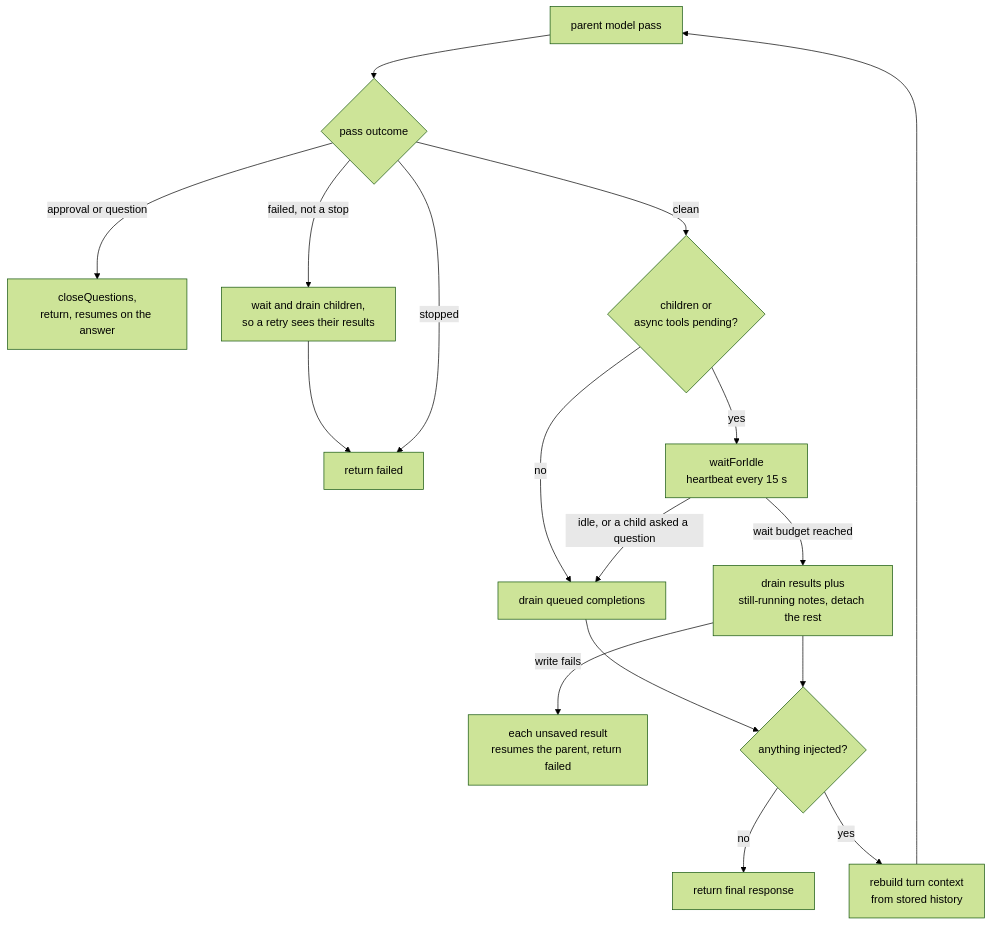
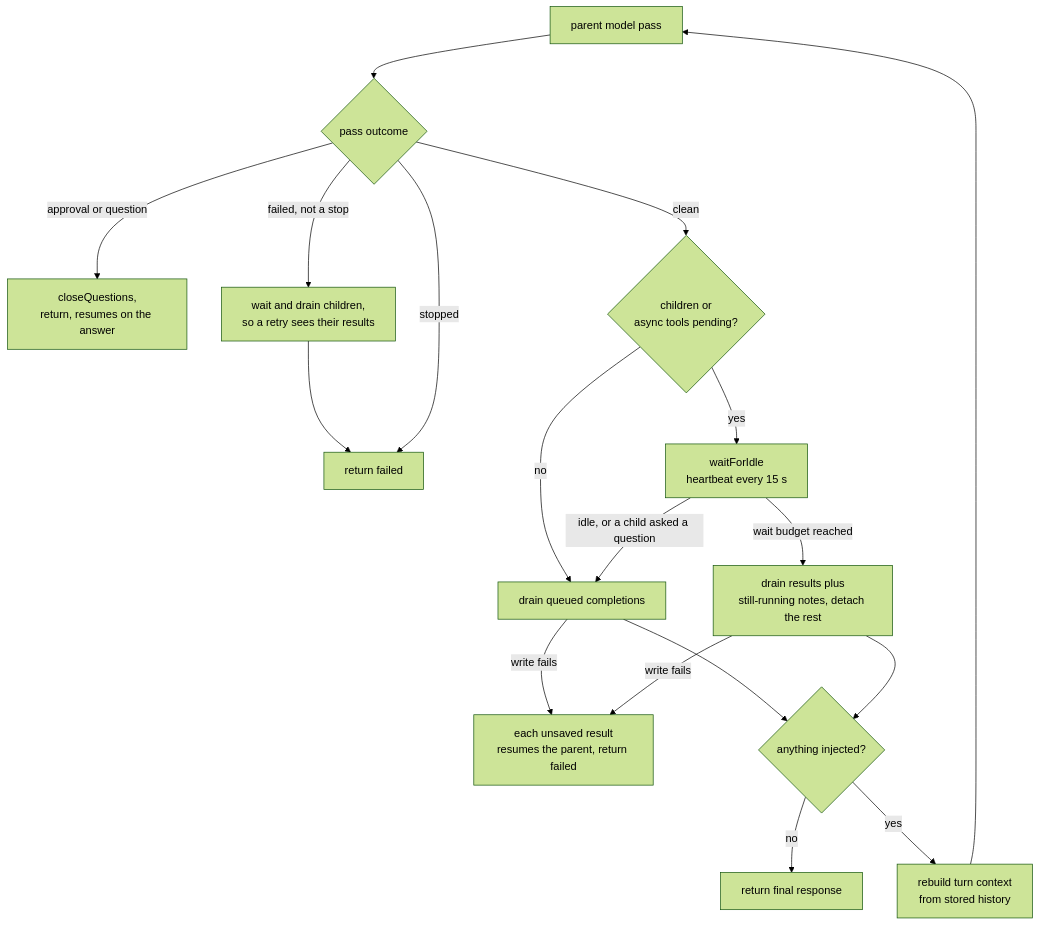
Before and after one commit to beeblastco/broods: the first of 7 diagrams in apps/docs/docs/internals/subagents.md, drawn with Mermaid (forest theme). The commit also changed other lines of this file and 6 other files, not shown here.

First line of the commit message:
Every failed last write of a pass resumes the parent, not only the expiry one

````diff
--- a/apps/docs/docs/internals/subagents.md
+++ b/apps/docs/docs/internals/subagents.md
@@ -19,19 +19,20 @@
 ```mermaid
 flowchart TD
   Pass["parent model pass"] --> Out{"pass outcome"}
   Out -->|"approval or question"| Park["closeQuestions,<br/>return, resumes on the answer"]
   Out -->|"failed, not a stop"| Keep["wait and drain children,<br/>so a retry sees their results"]
   Keep --> Failed["return failed"]
   Out -->|"stopped"| Failed
   Out -->|"clean"| Pend{"children or<br/>async tools pending?"}
   Pend -->|"no"| Drain["drain queued completions"]
   Pend -->|"yes"| Wait["waitForIdle<br/>heartbeat every 15 s"]
   Wait -->|"idle, or a child asked a question"| Drain
   Wait -->|"wait budget reached"| Timeout["drain results plus<br/>still-running notes, detach the rest"]
-  Timeout -->|"write fails"| Lost["each unsaved result<br/>resumes the parent, return failed"]
+  Drain -->|"write fails"| Lost["each unsaved result<br/>resumes the parent, return failed"]
+  Timeout -->|"write fails"| Lost
   Drain --> Inj{"anything injected?"}
   Timeout --> Inj
   Inj -->|"no"| Done["return final response"]
   Inj -->|"yes"| Rebuild["rebuild turn context<br/>from stored history"]
   Rebuild --> Pass
 ```
````
